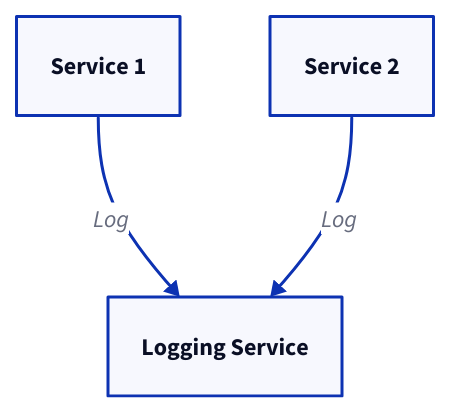
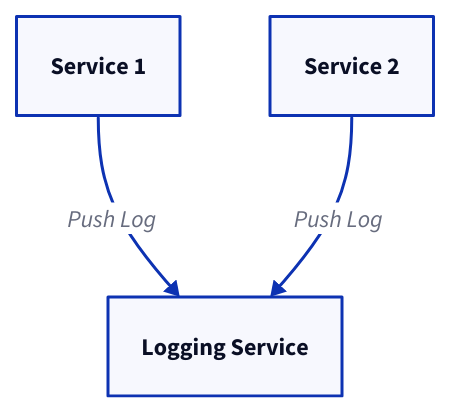
The fourth of 8 diagrams in content/docs/system-administration/system-monitoring/_index.md (link1905/system-design-101), drawn with D2 before and after one commit. The commit also changed other lines of this file and 9 other files, not shown here.

````diff
--- a/content/docs/system-administration/system-monitoring/_index.md
+++ b/content/docs/system-administration/system-monitoring/_index.md
@@ -90,13 +105,13 @@
 ```d2
 l: Logging Service {
   class: monitor
 }
 s1: Service 1 {
   class: server
 }
 s2: Service 2 {
   class: server
 }
-s1 -> l: Log
-s2 -> l: Log
+s1 -> l: Push Log
+s2 -> l: Push Log
 ```
````
